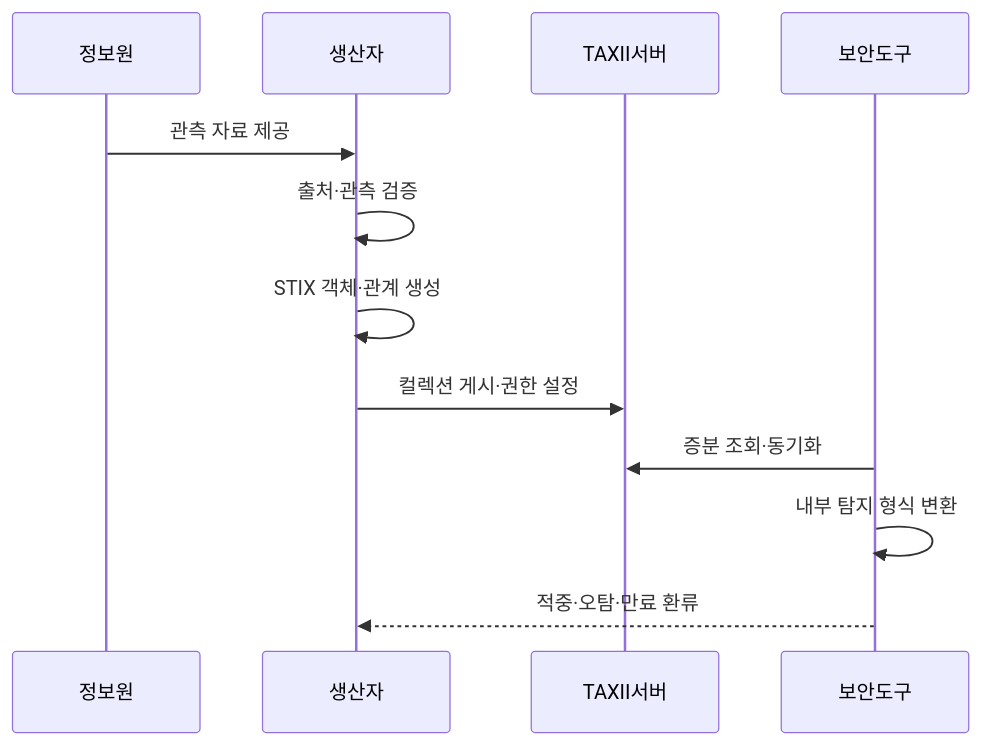
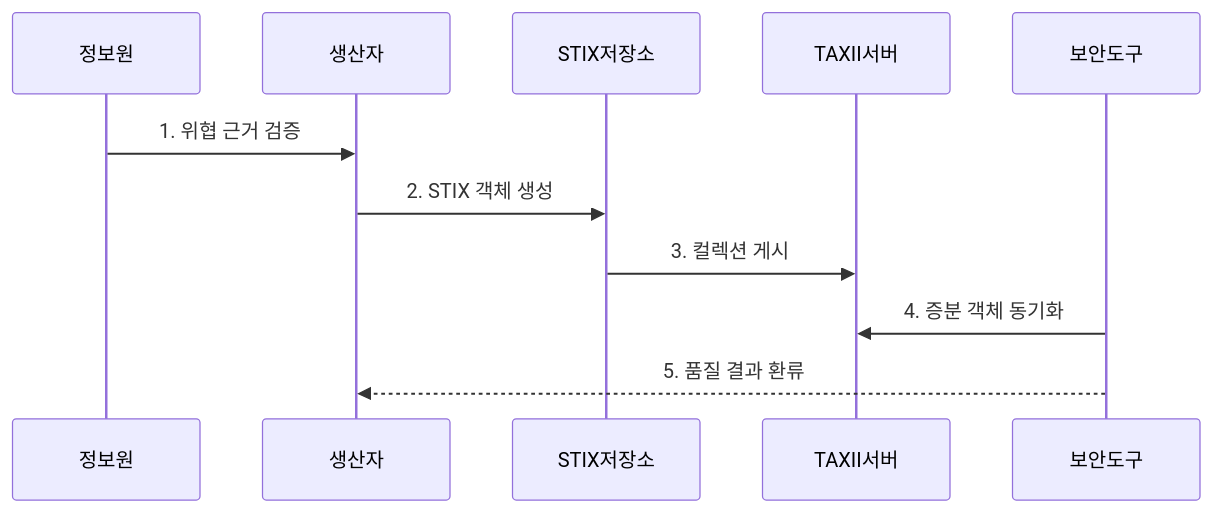
One commit to agnusdei1207/knowledge-base changed the second of 2 diagrams in src/content/docs/notes/04-network/096_threat_intelligence_stix_taxii.md. Above: the diagram before and after it, drawn with Mermaid. The commit also changed other lines of this file and 21 other files, not shown here.

````diff
--- a/src/content/docs/notes/04-network/096_threat_intelligence_stix_taxii.md
+++ b/src/content/docs/notes/04-network/096_threat_intelligence_stix_taxii.md
@@ -81,14 +81,13 @@
 ```mermaid
 sequenceDiagram
     participant 정보원
     participant 생산자
+    participant STIX저장소
     participant TAXII서버
     participant 보안도구
-    정보원->>생산자: 관측 자료 제공
-    생산자->>생산자: 출처·관측 검증
-    생산자->>생산자: STIX 객체·관계 생성
-    생산자->>TAXII서버: 컬렉션 게시·권한 설정
-    보안도구->>TAXII서버: 증분 조회·동기화
-    보안도구->>보안도구: 내부 탐지 형식 변환
-    보안도구-->>생산자: 적중·오탐·만료 환류
+    정보원->>생산자: 1. 위협 근거 검증
+    생산자->>STIX저장소: 2. STIX 객체 생성
+    STIX저장소->>TAXII서버: 3. 컬렉션 게시
+    보안도구->>TAXII서버: 4. 증분 객체 동기화
+    보안도구-->>생산자: 5. 품질 결과 환류
 ```
````
